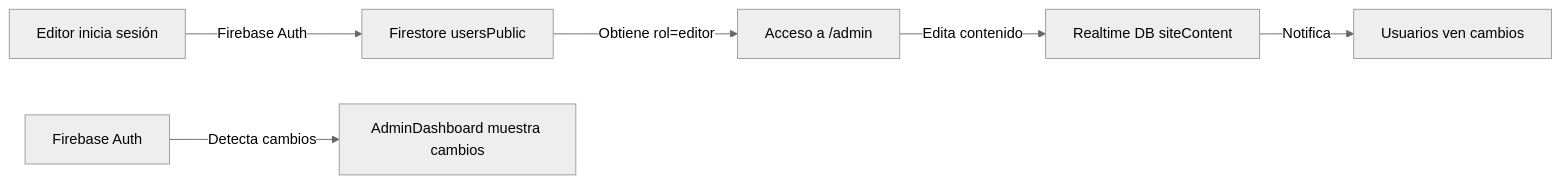
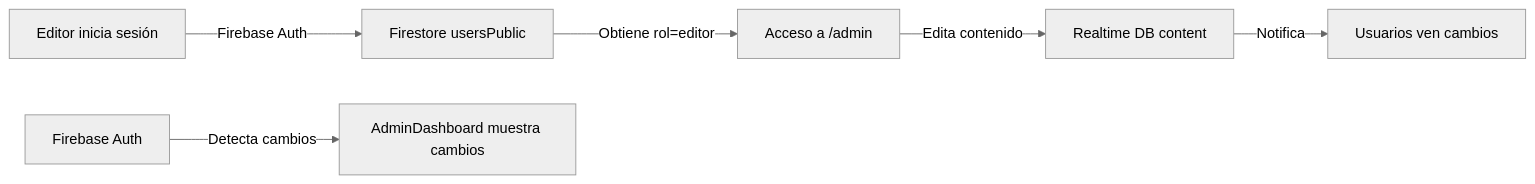
One commit to PPNDEV/turismoSantarosa changed the second of 3 diagrams in DATABASE_ARCHITECTURE.md. Above: the diagram before and after it, drawn with Mermaid (neutral theme). The commit also changed other lines of this file and 58 other files, not shown here.

````diff
--- a/DATABASE_ARCHITECTURE.md
+++ b/DATABASE_ARCHITECTURE.md
@@ -199,8 +200,8 @@
 ```mermaid
 graph LR
     A[Editor inicia sesión] -->|Firebase Auth| B[Firestore usersPublic]
     B -->|Obtiene rol=editor| C[Acceso a /admin]
-    C -->|Edita contenido| D[Realtime DB siteContent]
+        C -->|Edita contenido| D[Realtime DB content]
     D -->|Notifica| E[Usuarios ven cambios]
     F[Firebase Auth] -->|Detecta cambios| G[AdminDashboard muestra cambios]
 ```
````
